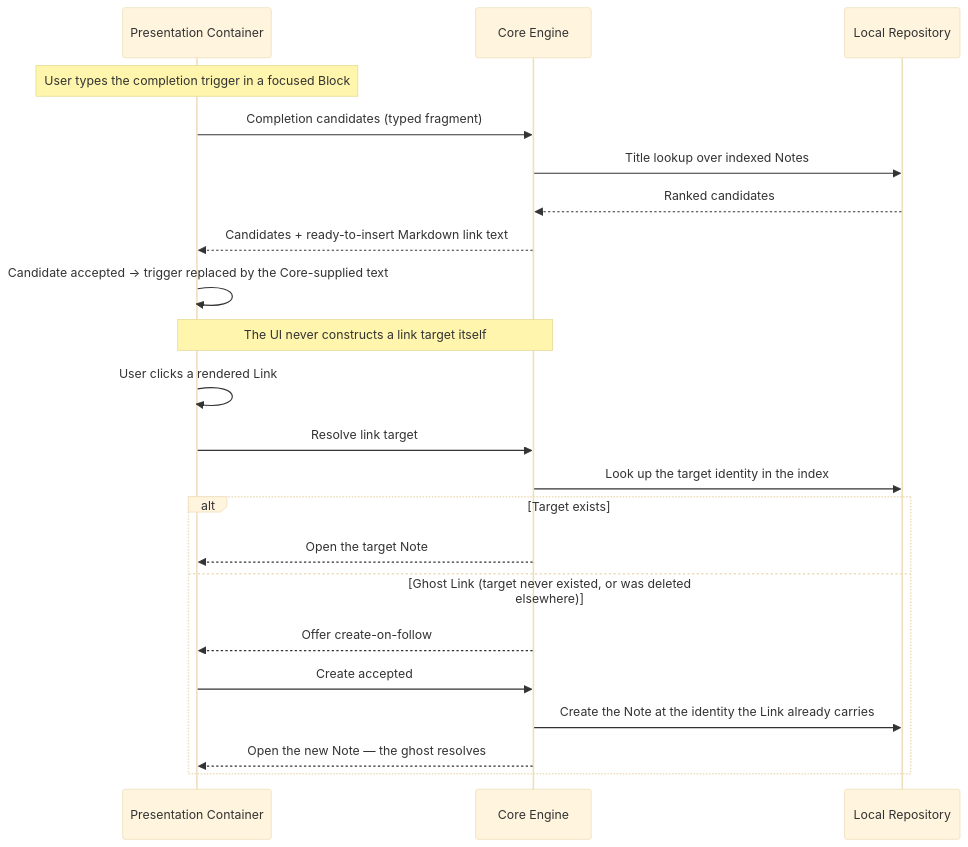
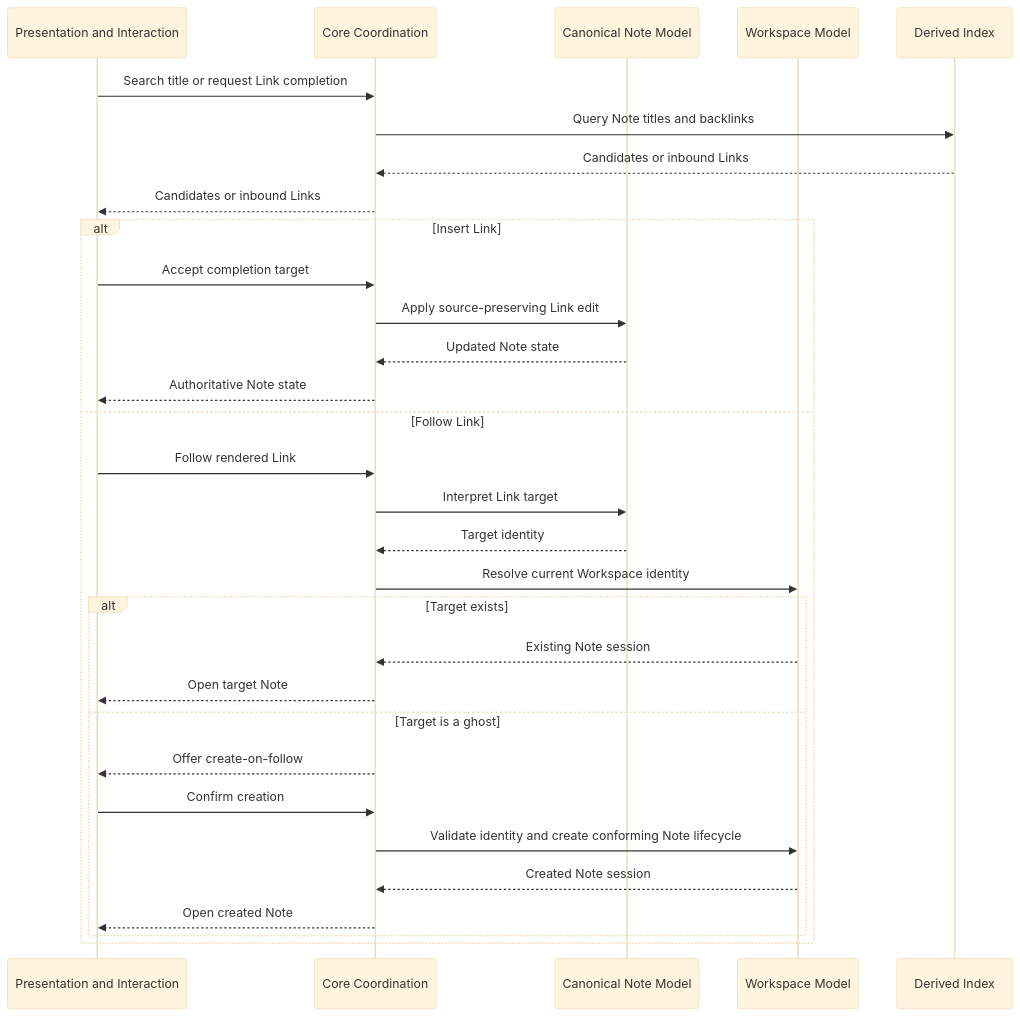
The diagram in .constitution/architecture/flows/flow-link-graph.md (SkrOYC/burlmd), drawn with Mermaid (base theme) before and after one commit. The commit also changed other lines of this file and 77 other files, not shown here.

````diff
--- a/.constitution/architecture/flows/flow-link-graph.md
+++ b/.constitution/architecture/flows/flow-link-graph.md
@@ -5,26 +7,34 @@
 ```mermaid
 sequenceDiagram
-    participant UI as Presentation Container
-    participant Core as Core Engine
-    participant Local as Local Repository
+    participant UI as Presentation and Interaction
+    participant Core as Core Coordination
+    participant Model as Canonical Note Model
+    participant Workspace as Workspace Model
+    participant Index as Derived Index
 
-    Note over UI: User types the completion trigger in a focused Block
-    UI->>Core: Completion candidates (typed fragment)
-    Core->>Local: Title lookup over indexed Notes
-    Local-->>Core: Ranked candidates
-    Core-->>UI: Candidates + ready-to-insert Markdown link text
-    UI->>UI: Candidate accepted → trigger replaced by the Core-supplied text
-    Note over UI,Core: The UI never constructs a link target itself
-
-    UI->>UI: User clicks a rendered Link
-    UI->>Core: Resolve link target
-    Core->>Local: Look up the target identity in the index
-    alt Target exists
-        Core-->>UI: Open the target Note
-    else Ghost Link (target never existed, or was deleted elsewhere)
-        Core-->>UI: Offer create-on-follow
-        UI->>Core: Create accepted
-        Core->>Local: Create the Note at the identity the Link already carries
-        Core-->>UI: Open the new Note — the ghost resolves
+    UI->>Core: Search title or request Link completion
+    Core->>Index: Query Note titles and backlinks
+    Index-->>Core: Candidates or inbound Links
+    Core-->>UI: Candidates or inbound Links
+    alt Insert Link
+        UI->>Core: Accept completion target
+        Core->>Model: Apply source-preserving Link edit
+        Model-->>Core: Updated Note state
+        Core-->>UI: Authoritative Note state
+    else Follow Link
+        UI->>Core: Follow rendered Link
+        Core->>Model: Interpret Link target
+        Model-->>Core: Target identity
+        Core->>Workspace: Resolve current Workspace identity
+        alt Target exists
+            Workspace-->>Core: Existing Note session
+            Core-->>UI: Open target Note
+        else Target is a ghost
+            Core-->>UI: Offer create-on-follow
+            UI->>Core: Confirm creation
+            Core->>Workspace: Validate identity and create conforming Note lifecycle
+            Workspace-->>Core: Created Note session
+            Core-->>UI: Open created Note
+        end
     end
 ```
````
